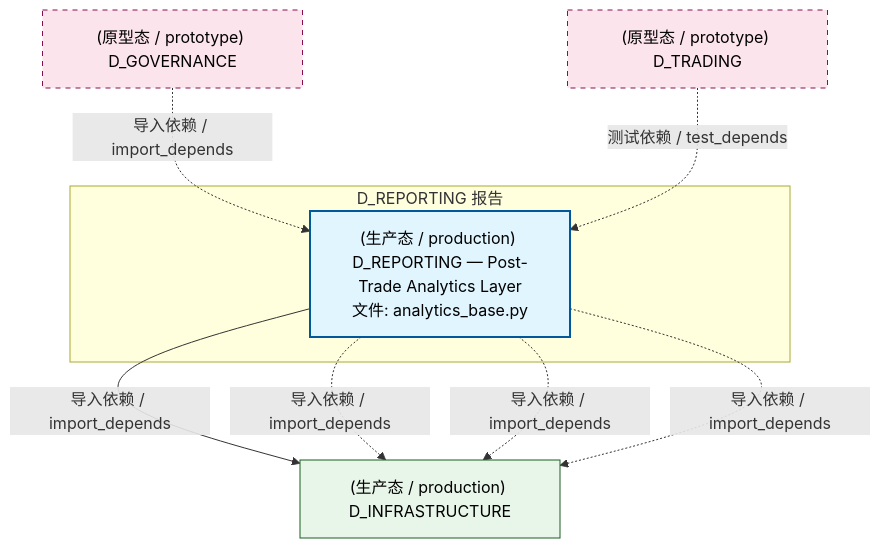
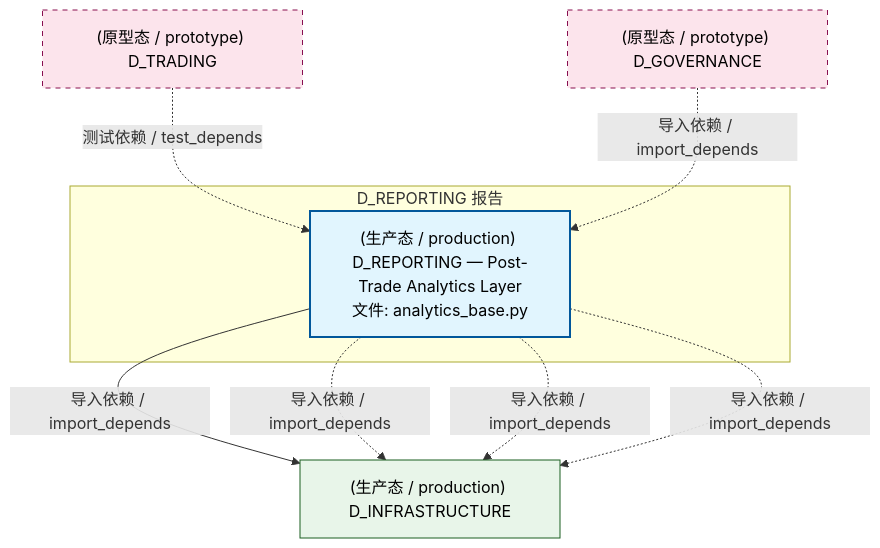
One commit to xuanFelixVan/ZephyrAlpha changed the second of 4 diagrams in docs/02_enterprise_architecture/02_domain_architecture_docs/23_d_reporting.md. Above: the diagram before and after it, drawn with Mermaid. The commit also changed other lines of this file and 126 other files, not shown here.

````diff
--- a/docs/02_enterprise_architecture/02_domain_architecture_docs/23_d_reporting.md
+++ b/docs/02_enterprise_architecture/02_domain_architecture_docs/23_d_reporting.md
@@ -121,22 +121,22 @@
 ```mermaid
 graph TD
     subgraph D_REPORTING["D_REPORTING 报告"]
         src_zephyr_reporting_analytics_base_py["(生产态 / production) D_REPORTING — Post-Trade Analytics Layer<br/>文件: analytics_base.py"]
     end
     D_INFRASTRUCTURE["(生产态 / production) D_INFRASTRUCTURE"]
     src_zephyr_reporting_analytics_base_py -->|导入依赖 / import_depends| D_INFRASTRUCTURE
     src_zephyr_reporting_analytics_base_py -.->|导入依赖 / import_depends| D_INFRASTRUCTURE
     src_zephyr_reporting_analytics_base_py -.->|导入依赖 / import_depends| D_INFRASTRUCTURE
     src_zephyr_reporting_analytics_base_py -.->|导入依赖 / import_depends| D_INFRASTRUCTURE
+    D_TRADING["(原型态 / prototype) D_TRADING"]
+    D_TRADING -.->|测试依赖 / test_depends| src_zephyr_reporting_analytics_base_py
     D_GOVERNANCE["(原型态 / prototype) D_GOVERNANCE"]
     D_GOVERNANCE -.->|导入依赖 / import_depends| src_zephyr_reporting_analytics_base_py
-    D_TRADING["(原型态 / prototype) D_TRADING"]
-    D_TRADING -.->|测试依赖 / test_depends| src_zephyr_reporting_analytics_base_py
     classDef production fill:#e1f5fe,stroke:#01579b,stroke-width:2px,color:#000
     classDef design fill:#fff3e0,stroke:#e65100,stroke-width:2px,color:#000,stroke-dasharray: 5 5
     classDef external_prod fill:#e8f5e9,stroke:#1b5e20,stroke-width:1px,color:#000
     classDef external_design fill:#fce4ec,stroke:#880e4f,stroke-width:1px,color:#000,stroke-dasharray: 5 5
     class src_zephyr_reporting_analytics_base_py production
     class D_INFRASTRUCTURE external_prod
-    class D_GOVERNANCE,D_TRADING external_design
+    class D_TRADING,D_GOVERNANCE external_design
 ```
````
